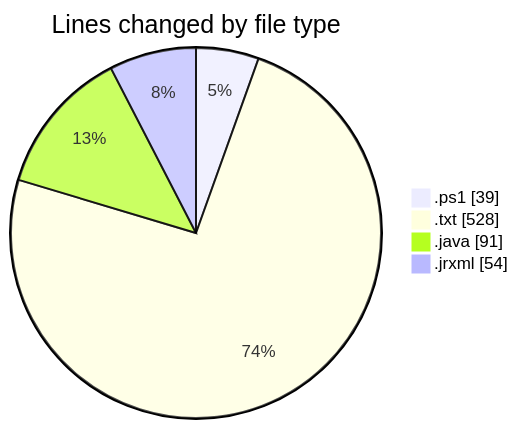
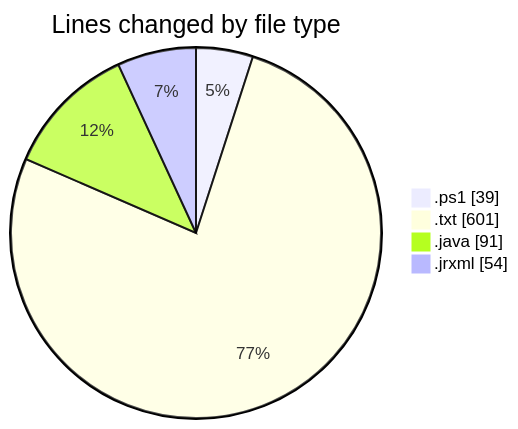
Before and after one commit to ricardozamudiocil/code-tracking: the first of 2 diagrams in 2026-03-03/cilreports__workspace_/README.md, drawn with Mermaid. The commit also changed other lines of this file and 1 other file, not shown here.

````diff
--- a/2026-03-03/cilreports__workspace_/README.md
+++ b/2026-03-03/cilreports__workspace_/README.md
@@ -27,8 +27,8 @@
 ```mermaid
 pie showData
 title Lines changed by file type
 ".ps1" : 39
-".txt" : 528
+".txt" : 601
 ".java" : 91
 ".jrxml" : 54
 ```
````
